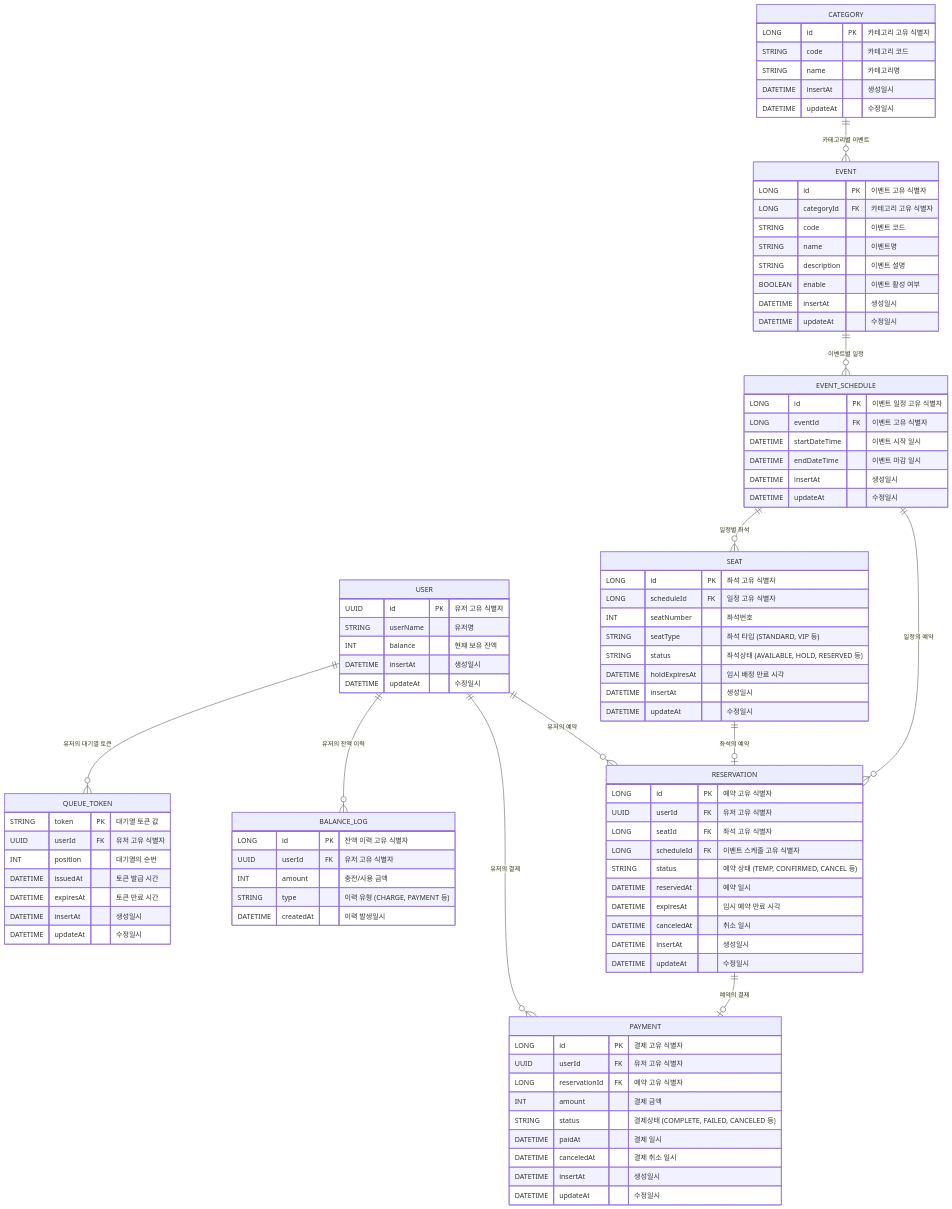
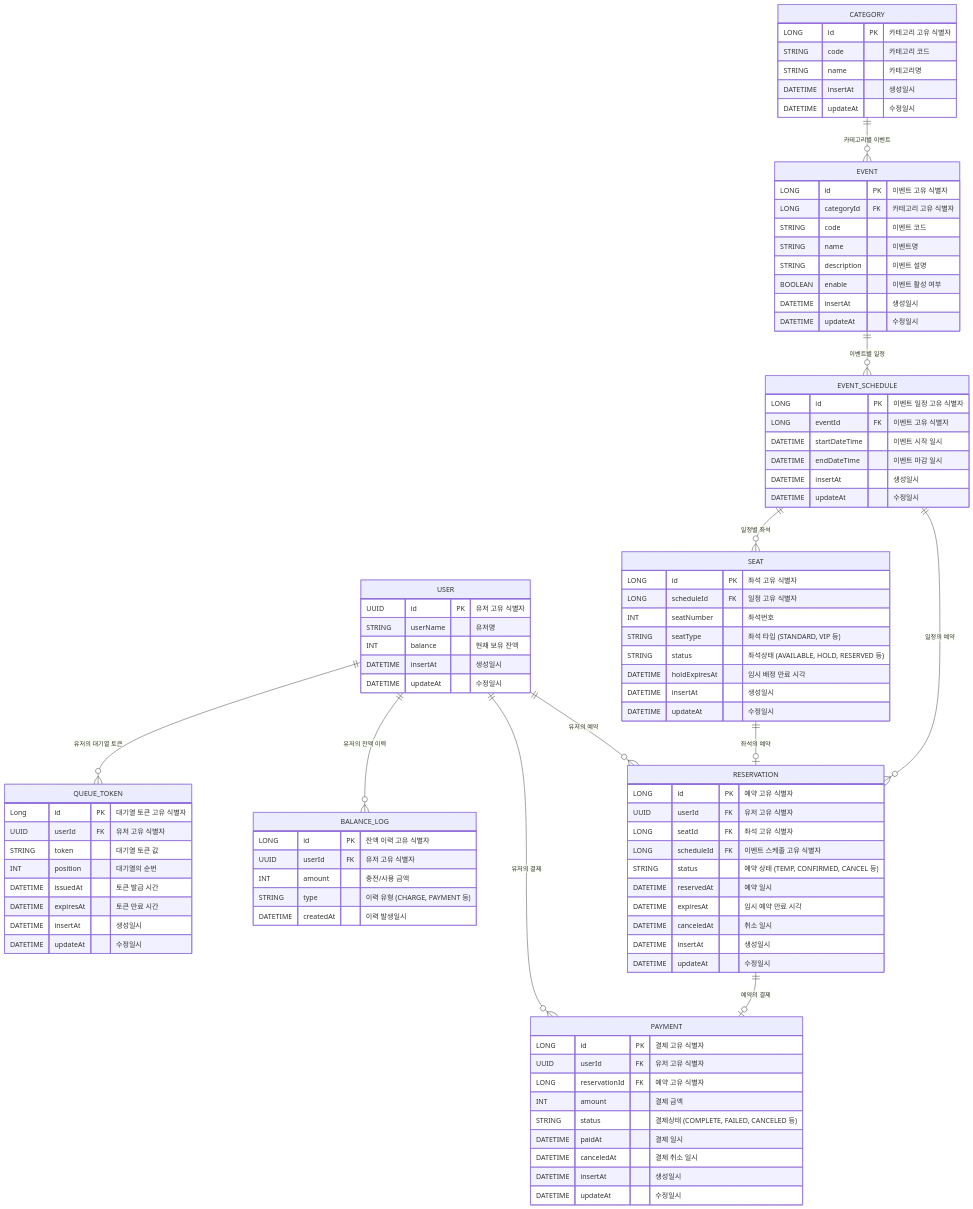
Before and after one commit to minu-study/ticketing-platform: the second of 8 diagrams in README.md, drawn with Mermaid. The commit also changed other lines of this file, not shown here.

Commit message:
docs: ERD 및 클래스 다이어그램 수정

```diff
--- a/README.md
+++ b/README.md
@@ -211,8 +212,9 @@
         DATETIME updateAt "수정일시"
     }
     QUEUE_TOKEN {
-        STRING token PK "대기열 토큰 값"
+        Long id PK "대기열 토큰 고유 식별자"
         UUID userId FK "유저 고유 식별자"
+        STRING token "대기열 토큰 값"
         INT position "대기열의 순번"
         DATETIME issuedAt "토큰 발급 시간"
         DATETIME expiresAt "토큰 만료 시간"
```
